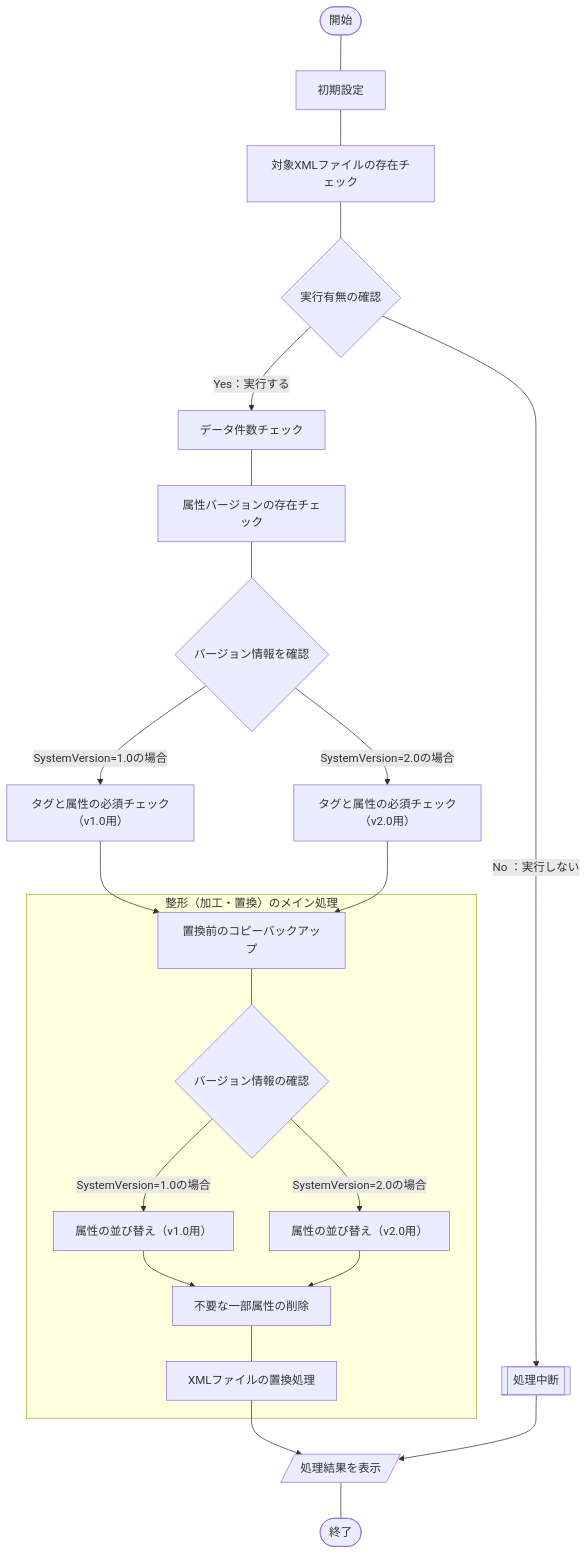
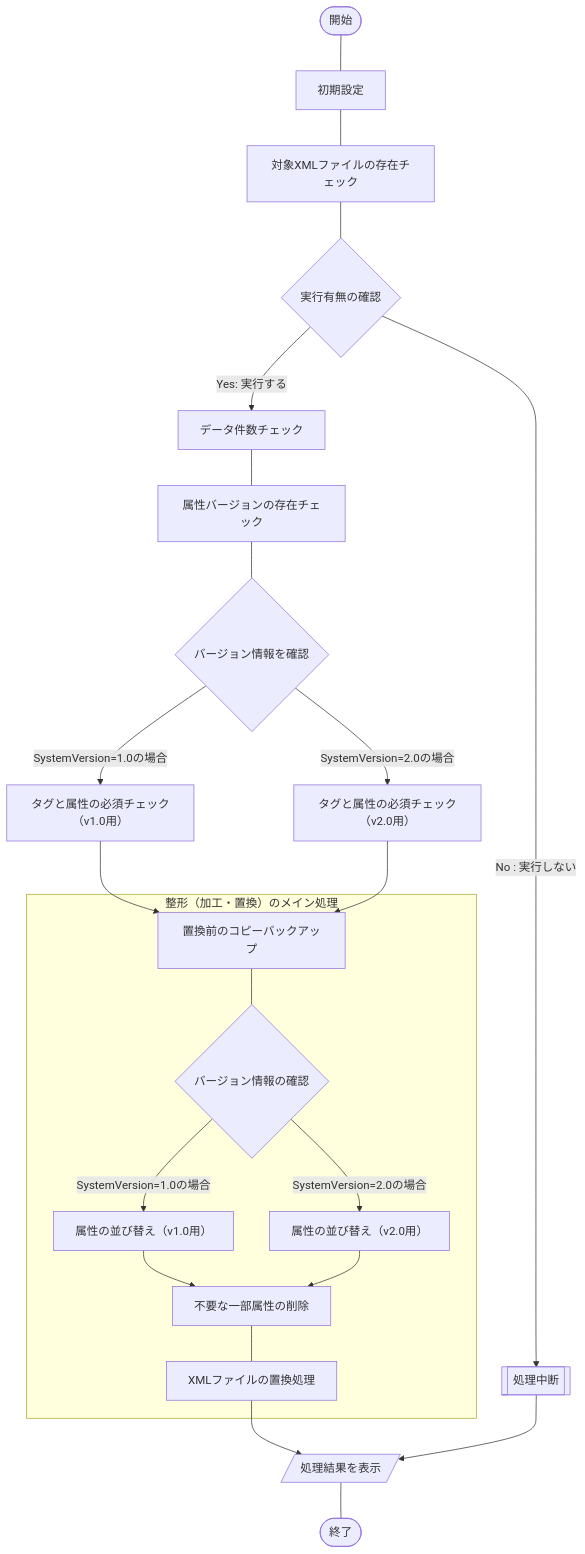
The diagram in articles/a77765dd56f202.md (akiGAMEBOY/haretokidoki_zn), drawn with Mermaid before and after one commit. The commit also changed other lines of this file and 23 other files, not shown here.

````diff
--- a/articles/a77765dd56f202.md
+++ b/articles/a77765dd56f202.md
@@ -36,25 +36,25 @@
 ```mermaid
 flowchart TB
     A(["開始"]) --- B["初期設定"]
     B --- C["対象XMLファイルの存在チェック"]
     C --- D{"実行有無の確認"}
-    D --> |"Yes：実行する"| E["データ件数チェック"]
-    D --> |"No ：実行しない"| X[["処理中断"]]
+    D --> |"Yes: 実行する"| E["データ件数チェック"]
+    D --> |"No : 実行しない"| X[["処理中断"]]
     E --- F["属性バージョンの存在チェック"]
     F --- G{"バージョン情報を確認"}
     G --> |"SystemVersion=1.0の場合"| H["タグと属性の必須チェック（v1.0用）"]
     G --> |"SystemVersion=2.0の場合"| I["タグと属性の必須チェック（v2.0用）"]
     H --> J["置換前のコピーバックアップ"]
     I --> J
     subgraph "整形（加工・置換）のメイン処理"
     J --- K{"バージョン情報の確認"}
     K --> |"SystemVersion=1.0の場合"| L["属性の並び替え（v1.0用）"]
     K --> |"SystemVersion=2.0の場合"| N["属性の並び替え（v2.0用）"]
     L --> O["不要な一部属性の削除"]
     N --> O
     O --- P["XMLファイルの置換処理"]
     end
     P --> Q[/"処理結果を表示"/]
     X --> Q
     Q --- R(["終了"])
 ```
````
